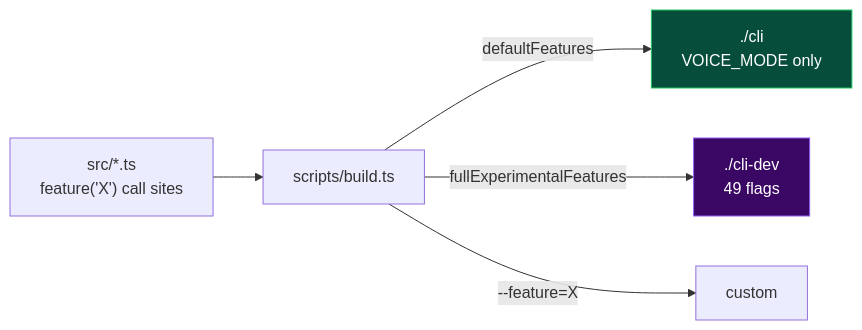
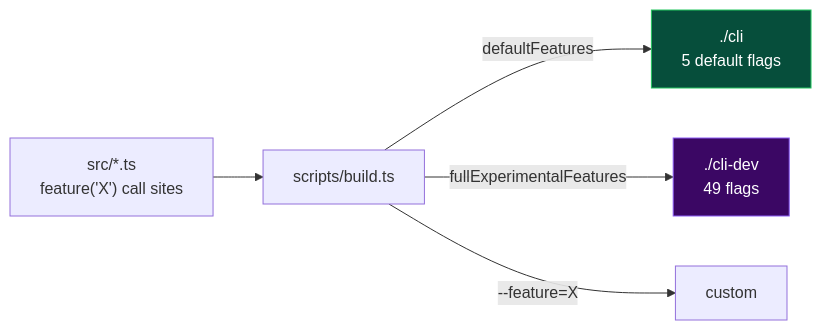
Before and after one commit to jennofrie/fexor-code: the second of 3 diagrams in docs/ARCHITECTURE.md, drawn with Mermaid. The commit also changed other lines of this file and 35 other files, not shown here.

````diff
--- a/docs/ARCHITECTURE.md
+++ b/docs/ARCHITECTURE.md
@@ -35,9 +35,9 @@
 ```mermaid
 flowchart LR
     SRC["src/*.ts<br/>feature('X') call sites"] --> B["scripts/build.ts"]
-    B -->|defaultFeatures| S["./cli<br/>VOICE_MODE only"]
+    B -->|defaultFeatures| S["./cli<br/>5 default flags"]
     B -->|fullExperimentalFeatures| D["./cli-dev<br/>49 flags"]
     B -->|"--feature=X"| C["custom"]
     style S fill:#064e3b,stroke:#22c55e,color:#fff
     style D fill:#3b0764,stroke:#8b5cf6,color:#fff
 ```
````
